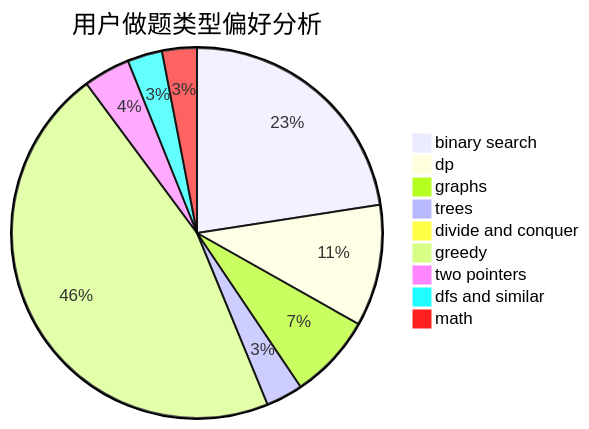
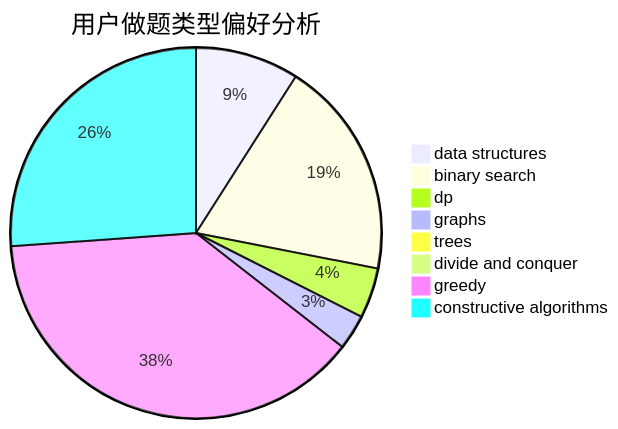
The second of 3 diagrams in docs/user/u454.md (sherpahu/cfrs.github.io), drawn with Mermaid before and after one commit. The commit also changed other lines of this file and 2775 other files, not shown here.

````diff
--- a/docs/user/u454.md
+++ b/docs/user/u454.md
@@ -23,12 +23,11 @@
 ```mermaid
 pie title 用户做题类型偏好分析
-    "binary search" :  238
-    "dp" :  112
-    "graphs" :  78
-    "trees" :  34
+    "data structures" :  103
+    "binary search" :  217
+    "dp" :  50
+    "graphs" :  35
+    "trees" :  6
     "divide and conquer" :  1
-    "greedy" :  486
-    "two pointers" :  43
-    "dfs and similar" :  32
-    "math" :  32
+    "greedy" :  437
+    "constructive algorithms" :  298
 ```
````
